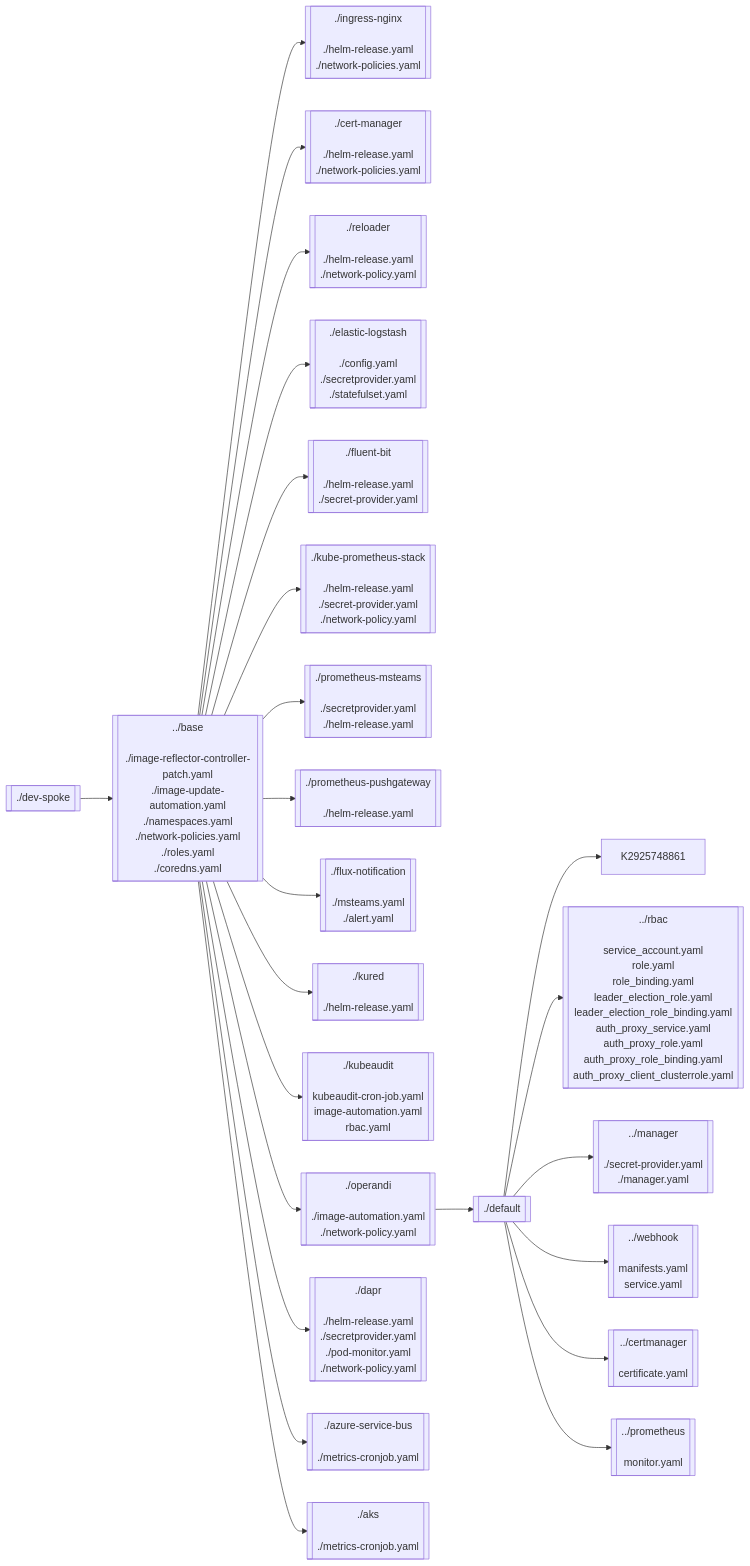
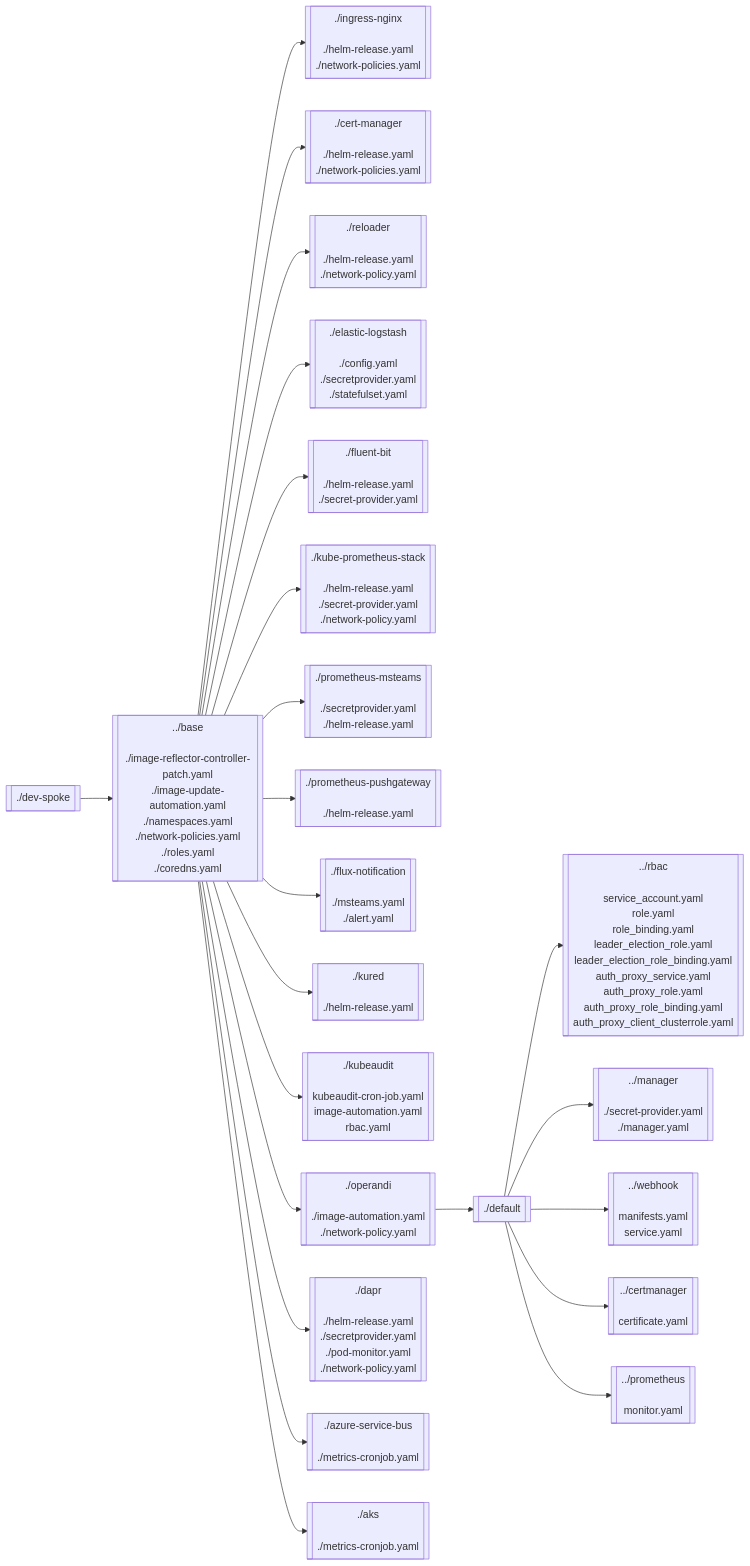
Before and after one commit to dv0gt/kustomize-graph-md: the fifth of 5 diagrams in README.md, drawn with Mermaid.

````diff
--- a/README.md
+++ b/README.md
@@ -115,49 +115,48 @@
 ```mermaid
 flowchart LR
 K3692039636 --> K4134617231
 K4134617231 --> K1073288559
 K1073288559[[./ingress-nginx<br/><br/>./helm-release.yaml<br/>./network-policies.yaml]]
 K4134617231 --> K253602071
 K253602071[[./cert-manager<br/><br/>./helm-release.yaml<br/>./network-policies.yaml]]
 K4134617231 --> K3117942593
 K3117942593[[./reloader<br/><br/>./helm-release.yaml<br/>./network-policy.yaml]]
 K4134617231 --> K1199196442
 K1199196442[[./elastic-logstash<br/><br/>./config.yaml<br/>./secretprovider.yaml<br/>./statefulset.yaml]]
 K4134617231 --> K1738802803
 K1738802803[[./fluent-bit<br/><br/>./helm-release.yaml<br/>./secret-provider.yaml]]
 K4134617231 --> K3105005572
 K3105005572[[./kube-prometheus-stack<br/><br/>./helm-release.yaml<br/>./secret-provider.yaml<br/>./network-policy.yaml]]
 K4134617231 --> K888054092
 K888054092[[./prometheus-msteams<br/><br/>./secretprovider.yaml<br/>./helm-release.yaml]]
 K4134617231 --> K548728024
 K548728024[[./prometheus-pushgateway<br/><br/>./helm-release.yaml]]
 K4134617231 --> K2407379872
 K2407379872[[./flux-notification<br/><br/>./msteams.yaml<br/>./alert.yaml]]
 K4134617231 --> K2950914330
 K2950914330[[./kured<br/><br/>./helm-release.yaml]]
 K4134617231 --> K453883029
 K453883029[[./kubeaudit<br/><br/>kubeaudit-cron-job.yaml<br/>image-automation.yaml<br/>rbac.yaml]]
 K4134617231 --> K3736359115
 K3736359115 --> K3522928892
-K3522928892 --> K2925748861
 K3522928892 --> K1445474874
 K1445474874[[../rbac<br/><br/>service_account.yaml<br/>role.yaml<br/>role_binding.yaml<br/>leader_election_role.yaml<br/>leader_election_role_binding.yaml<br/>auth_proxy_service.yaml<br/>auth_proxy_role.yaml<br/>auth_proxy_role_binding.yaml<br/>auth_proxy_client_clusterrole.yaml]]
 K3522928892 --> K3160989825
 K3160989825[[../manager<br/><br/>./secret-provider.yaml<br/>./manager.yaml]]
 K3522928892 --> K527266939
 K527266939[[../webhook<br/><br/>manifests.yaml<br/>service.yaml]]
 K3522928892 --> K1457530395
 K1457530395[[../certmanager<br/><br/>certificate.yaml]]
 K3522928892 --> K1312330766
 K1312330766[[../prometheus<br/><br/>monitor.yaml]]
 K3522928892[[./default]]
 K3736359115[[./operandi<br/><br/>./image-automation.yaml<br/>./network-policy.yaml]]
 K4134617231 --> K3083283366
 K3083283366[[./dapr<br/><br/>./helm-release.yaml<br/>./secretprovider.yaml<br/>./pod-monitor.yaml<br/>./network-policy.yaml]]
 K4134617231 --> K2644734951
 K2644734951[[./azure-service-bus<br/><br/>./metrics-cronjob.yaml]]
 K4134617231 --> K1834586704
 K1834586704[[./aks<br/><br/>./metrics-cronjob.yaml]]
 K4134617231[[../base<br/><br/>./image-reflector-controller-patch.yaml<br/>./image-update-automation.yaml<br/>./namespaces.yaml<br/>./network-policies.yaml<br/>./roles.yaml<br/>./coredns.yaml]]
 K3692039636[[./dev-spoke]]
 ```
````
